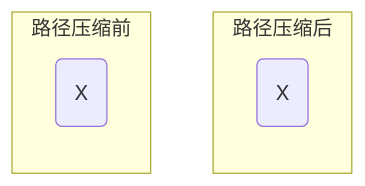
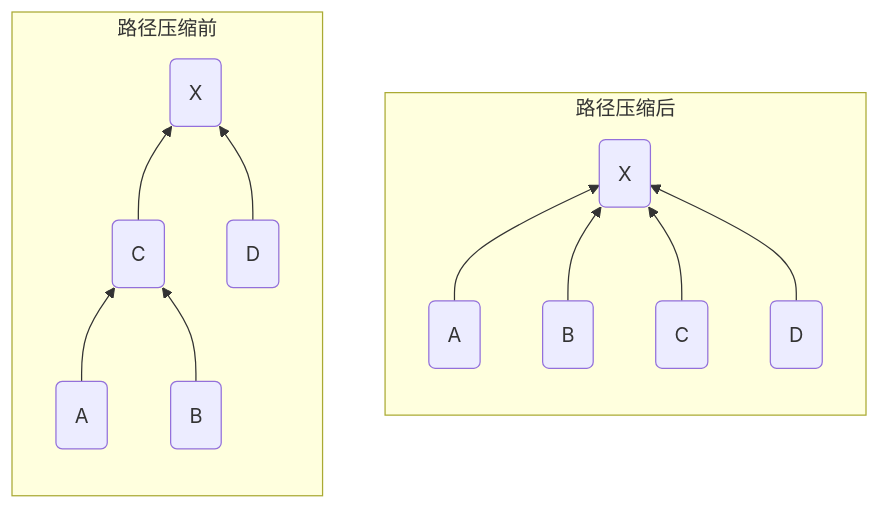
The fourth of 8 diagrams in _posts/DataStructures/Graph/2021-10-06-并查集与最小生成树.md (dmjcb/dmjcb.github.io), drawn with Mermaid before and after one commit. The commit also changed other lines of this file and 122 other files, not shown here.

Commit message:
修复图形显示BUG

````diff
--- a/_posts/DataStructures/Graph/2021-10-06-并查集与最小生成树.md
+++ b/_posts/DataStructures/Graph/2021-10-06-并查集与最小生成树.md
@@ -88,14 +93,22 @@
 ```mermaid
 graph BT;
     subgraph 路径压缩后
     direction BT
         X1(X)
 
+        a1(A)-->X1
+        b1(B)-->X1
+        c1(C)-->X1
+        d1(D)-->X1
     end
 
     subgraph 路径压缩前
     direction BT
         X(X)
 
+        a(A)-->c(C)
+        b(B)-->c(C)
+        c(C)-->X
+        d(D)-->X
     end
 ```
````
